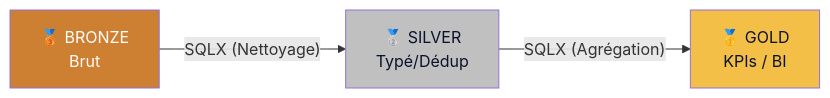
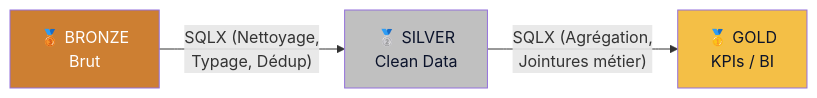
One commit to maxencenho-cloud/data-platform-runbook changed the third of 3 diagrams in docs/ATELIER_01_ARCHITECTURE.md. Above: the diagram before and after it, drawn with Mermaid. The commit also changed other lines of this file, not shown here.

Commit message:
docs: update architecture workshop guide with diagrams and add baseline configuration to ignore file

````diff
--- a/docs/ATELIER_01_ARCHITECTURE.md
+++ b/docs/ATELIER_01_ARCHITECTURE.md
@@ -75,9 +102,9 @@
 ```mermaid
 graph LR
-    B["🥉 BRONZE<br/>Brut"] -->|"SQLX (Nettoyage)"| S["🥈 SILVER<br/>Typé/Dédup"]
-    S -->|"SQLX (Agrégation)"| G["🥇 GOLD<br/>KPIs / BI"]
+    B["🥉 BRONZE<br/>Brut"] -->|"SQLX (Nettoyage,<br/>Typage, Dédup)"| S["🥈 SILVER<br/>Clean Data"]
+    S -->|"SQLX (Agrégation,<br/>Jointures métier)"| G["🥇 GOLD<br/>KPIs / BI"]
     
     style B fill:#cd7f32,color:#fff
     style S fill:#c0c0c0,color:#0b132b
     style G fill:#F4BF46,color:#0b132b
 ```
````
